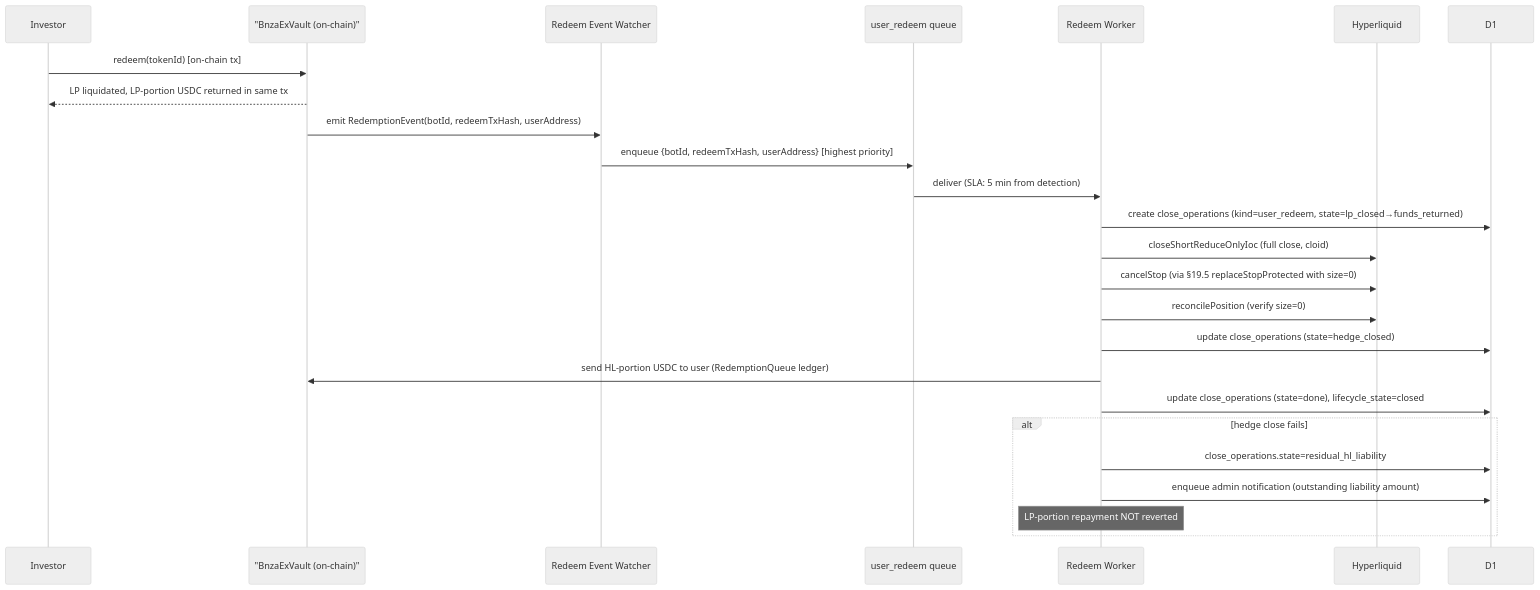
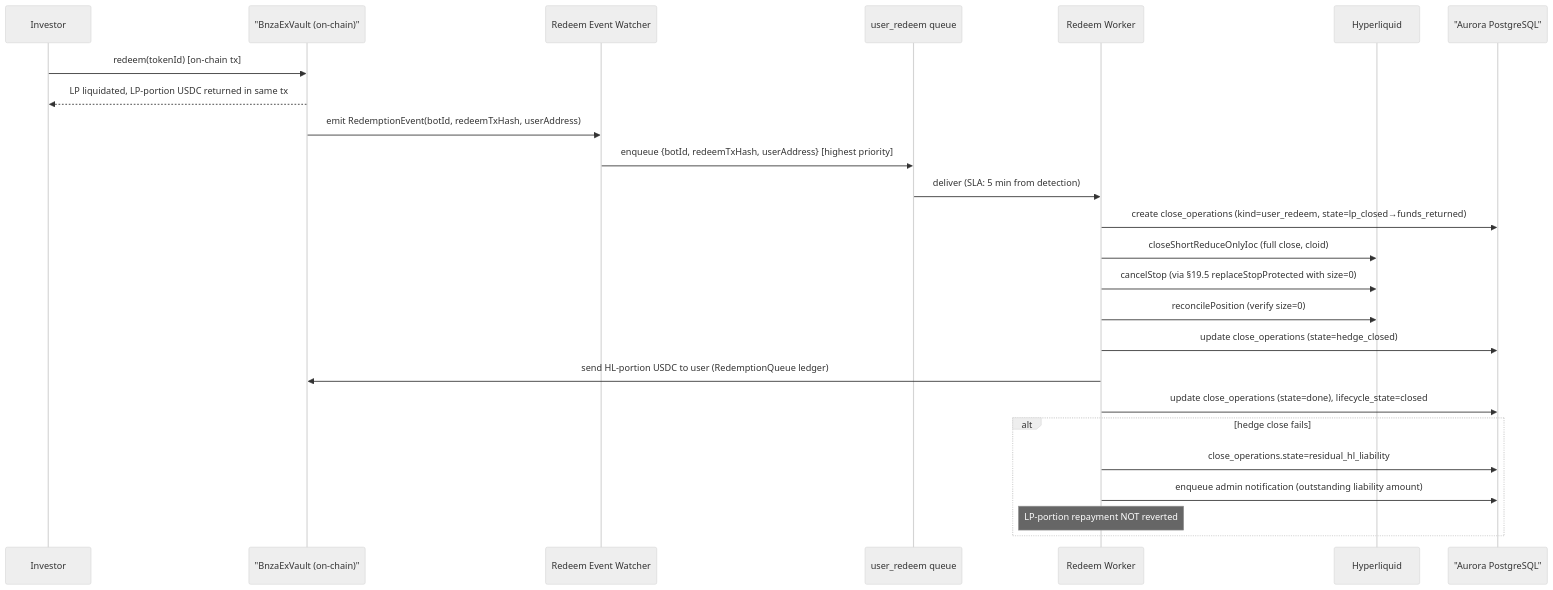
One commit to TrinhBuiSotatek/Bonanzapool changed the fourth of 5 diagrams in docs/BA/plans/bnza-sotatek-260519-0000/03_modules/exbot/srs/flows.md. Above: the diagram before and after it, drawn with Mermaid (neutral theme). The commit also changed other lines of this file and 21 other files, not shown here.

````diff
--- a/docs/BA/plans/bnza-sotatek-260519-0000/03_modules/exbot/srs/flows.md
+++ b/docs/BA/plans/bnza-sotatek-260519-0000/03_modules/exbot/srs/flows.md
@@ -145,31 +146,31 @@
 ```mermaid
 sequenceDiagram
     participant INV as Investor
     participant VAULT as "BnzaExVault (on-chain)"
     participant EVWATCHER as Redeem Event Watcher
     participant UREQ as user_redeem queue
     participant UREW as Redeem Worker
     participant HL as Hyperliquid
-    participant D1 as D1
+    participant D1 as "Aurora PostgreSQL"
 
     INV->>VAULT: redeem(tokenId) [on-chain tx]
     VAULT-->>INV: LP liquidated, LP-portion USDC returned in same tx
     VAULT->>EVWATCHER: emit RedemptionEvent(botId, redeemTxHash, userAddress)
 
     EVWATCHER->>UREQ: enqueue {botId, redeemTxHash, userAddress} [highest priority]
     UREQ->>UREW: deliver (SLA: 5 min from detection)
 
     UREW->>D1: create close_operations (kind=user_redeem, state=lp_closed→funds_returned)
     UREW->>HL: closeShortReduceOnlyIoc (full close, cloid)
     UREW->>HL: cancelStop (via §19.5 replaceStopProtected with size=0)
     UREW->>HL: reconcilePosition (verify size=0)
     UREW->>D1: update close_operations (state=hedge_closed)
     UREW->>VAULT: send HL-portion USDC to user (RedemptionQueue ledger)
     UREW->>D1: update close_operations (state=done), lifecycle_state=closed
 
     alt hedge close fails
         UREW->>D1: close_operations.state=residual_hl_liability
         UREW->>D1: enqueue admin notification (outstanding liability amount)
         Note over UREW: LP-portion repayment NOT reverted
     end
 ```
````
